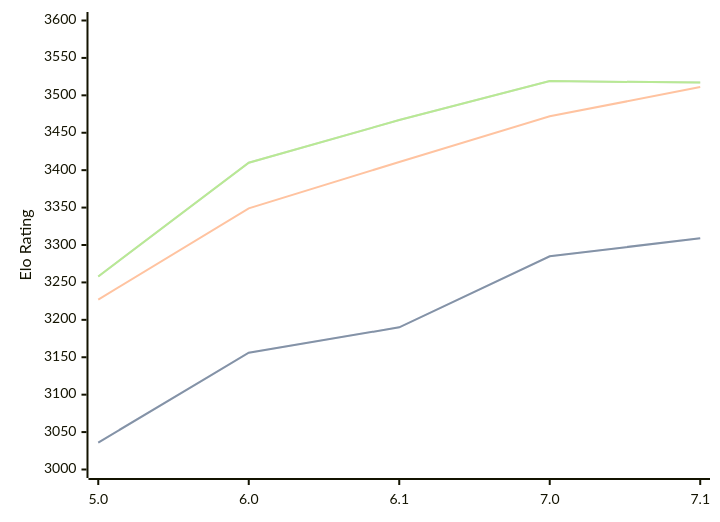
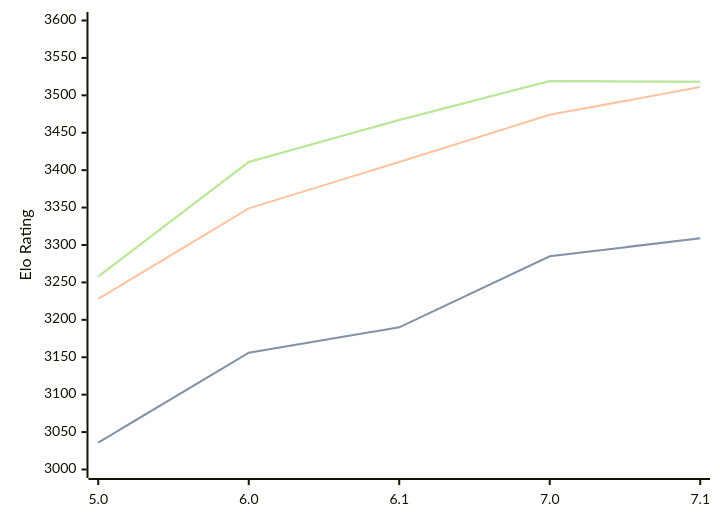
One commit to computer-chess-index/cci changed the diagram in engines/PZChessBot.md. Above: the diagram before and after it, drawn with Mermaid. The commit also changed other lines of this file, not shown here.

Commit message:
Update CCI Ratings (ELO VLTC) - 2026-08-17

````diff
--- a/engines/PZChessBot.md
+++ b/engines/PZChessBot.md
@@ -35,11 +35,11 @@
 ```mermaid
 %%{init: {"theme":"base","themeVariables":{"seriesColors:['#a3a3a3','#222221','#faa371']}}}%%
 xychart-beta
   x-axis ["5.0", "6.0", "6.1", "7.0", "7.1"]
   y-axis "Elo Rating" 3000 --> 3600
   line "STC (8.0+0.08s)" [3036, 3156, 3190, 3285, 3309]
   line "STC (8.0+0.08s)" [3036, 3156, 3190, 3285, 3309]
-  line "LTC (60.0+0.60s)" [3227, 3349, 3411, 3472, 3511]
-  line "VLTC (2m24s+1.12s)" [3258, 3410, 3467, 3519, 3517]
-  line "VLTC (2m24s+1.12s)" [3258, 3410, 3467, 3519, 3517]
+  line "LTC (60.0+0.60s)" [3228, 3349, 3411, 3474, 3511]
+  line "VLTC (2m24s+1.12s)" [3258, 3411, 3467, 3519, 3518]
+  line "VLTC (2m24s+1.12s)" [3258, 3411, 3467, 3519, 3518]
 ```
````
